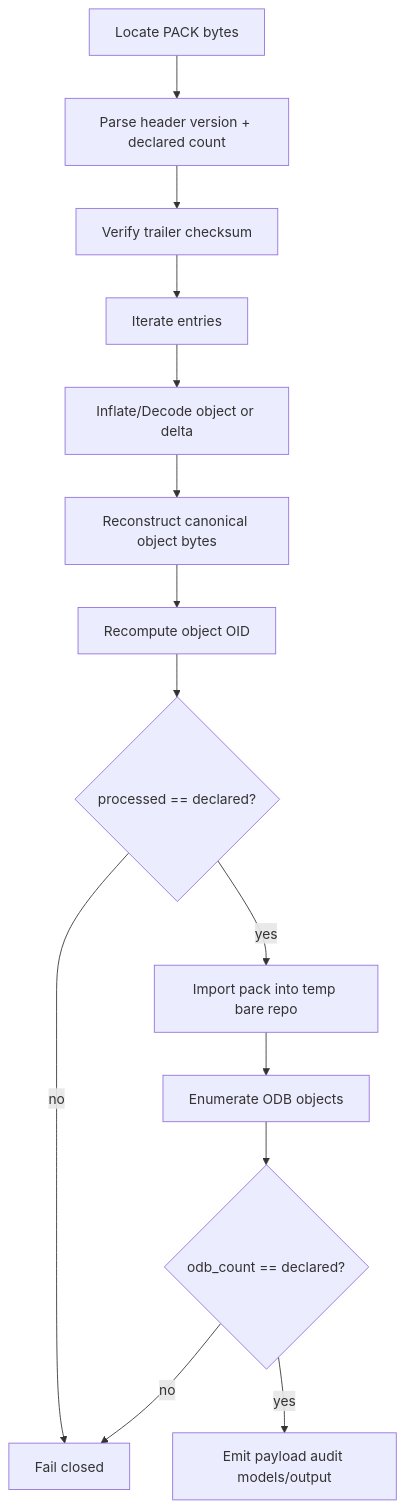
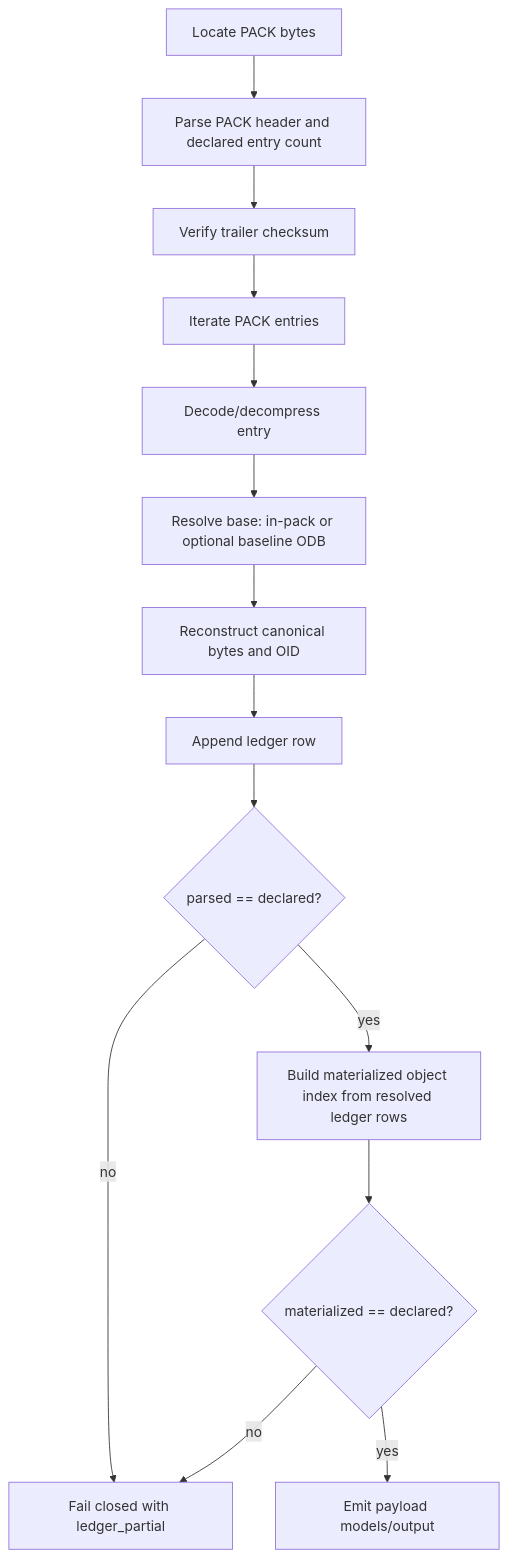
Before and after one commit to daredem0/git-sync: the third of 3 diagrams in SDD_SAD.md, drawn with Mermaid. The commit also changed other lines of this file and 2 other files, not shown here.

````diff
--- a/SDD_SAD.md
+++ b/SDD_SAD.md
@@ -281,16 +317,16 @@
 ```mermaid
 flowchart TD
-    A[Locate PACK bytes] --> B[Parse header version + declared count]
+    A[Locate PACK bytes] --> B[Parse PACK header and declared entry count]
     B --> C[Verify trailer checksum]
-    C --> D[Iterate entries]
-    D --> E[Inflate/Decode object or delta]
-    E --> F[Reconstruct canonical object bytes]
-    F --> G[Recompute object OID]
-    G --> H{processed == declared?}
-    H -- no --> X[Fail closed]
-    H -- yes --> I[Import pack into temp bare repo]
-    I --> J[Enumerate ODB objects]
-    J --> K{odb_count == declared?}
+    C --> D[Iterate PACK entries]
+    D --> E[Decode/decompress entry]
+    E --> F[Resolve base: in-pack or optional baseline ODB]
+    F --> G[Reconstruct canonical bytes and OID]
+    G --> H[Append ledger row]
+    H --> I{parsed == declared?}
+    I -- no --> X[Fail closed with ledger_partial]
+    I -- yes --> J[Build materialized object index from resolved ledger rows]
+    J --> K{materialized == declared?}
     K -- no --> X
-    K -- yes --> L[Emit payload audit models/output]
+    K -- yes --> L[Emit payload models/output]
 ```
````
